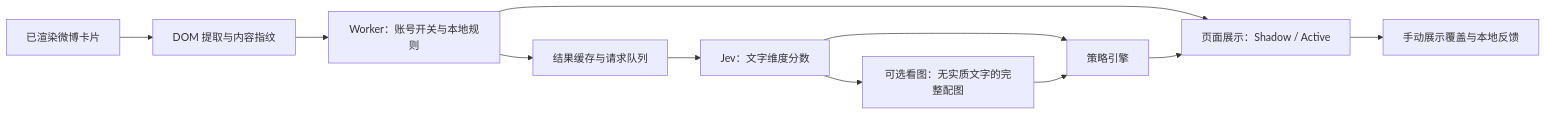
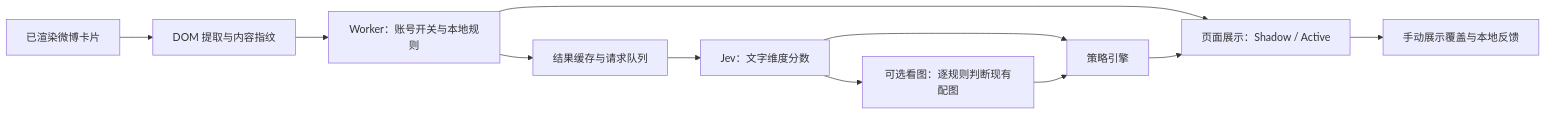
Before and after one commit to nicholas-han/contemplatio: the diagram in docs/architecture/weibo-semantic-filter-mvp.md, drawn with Mermaid. The commit also changed other lines of this file and 24 other files, not shown here.

````diff
--- a/docs/architecture/weibo-semantic-filter-mvp.md
+++ b/docs/architecture/weibo-semantic-filter-mvp.md
@@ -13,13 +13,13 @@
 ```mermaid
 flowchart LR
     A[已渲染微博卡片] --> B[DOM 提取与内容指纹]
     B --> C[Worker：账号开关与本地规则]
     C --> D[结果缓存与请求队列]
     D --> E[Jev：文字维度分数]
     E --> F[策略引擎]
-    E --> G[可选看图：无实质文字的完整配图]
+    E --> G[可选看图：逐规则判断现有配图]
     G --> F
     C --> H[页面展示：Shadow / Active]
     F --> H
     H --> I[手动展示覆盖与本地反馈]
 ```
````
